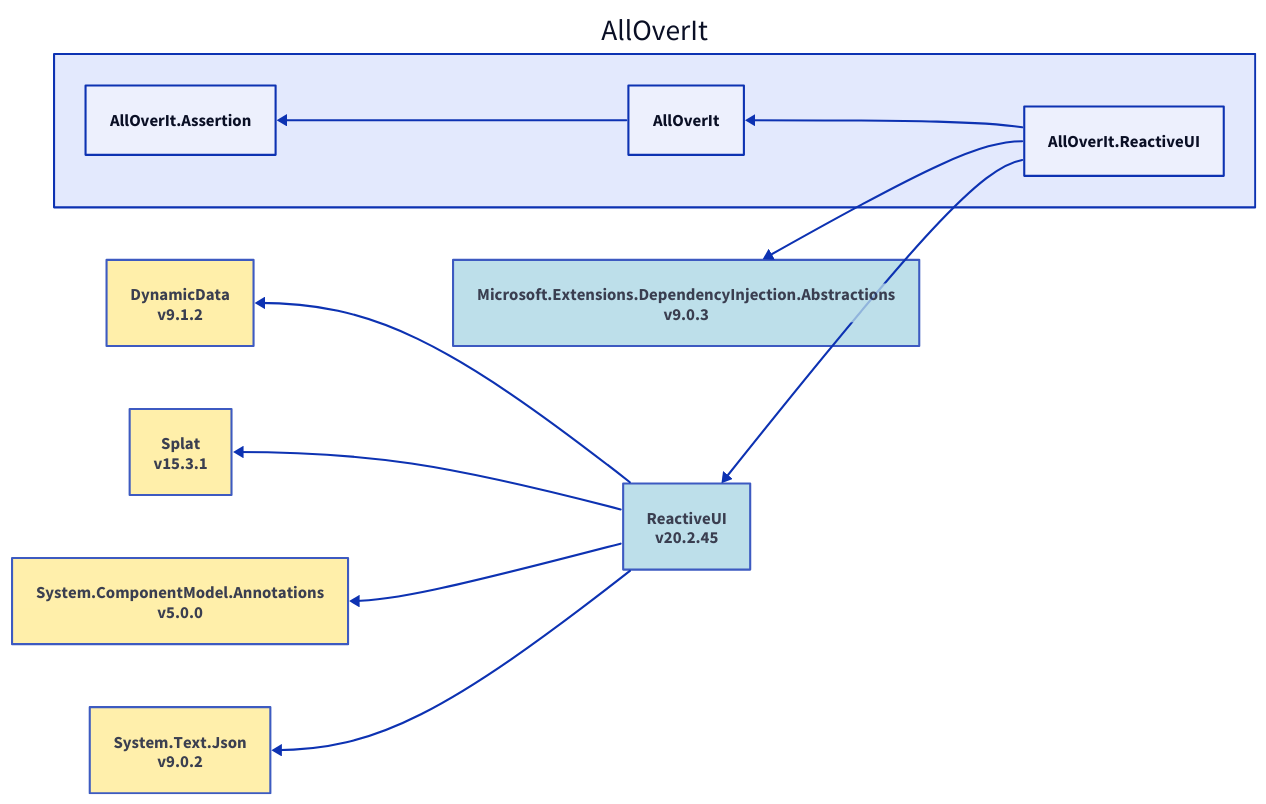
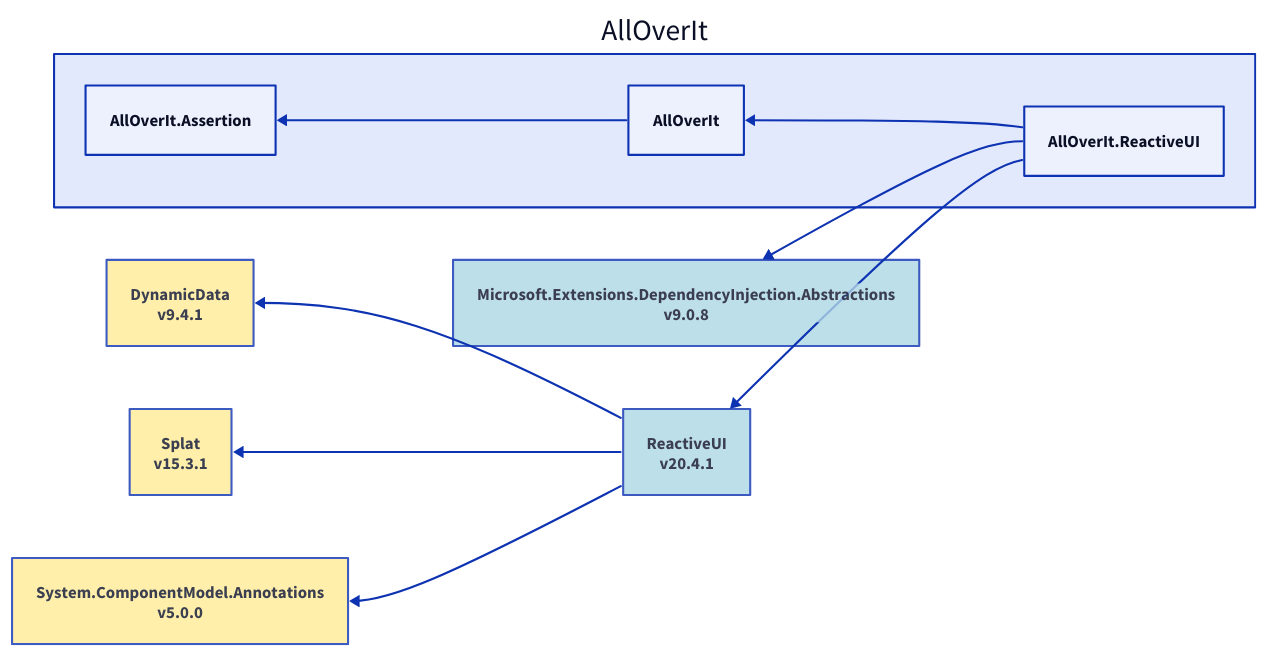
One commit to mjfreelancing/AllOverIt changed the diagram in Docs/Reference/Content/images/dependencies/net8.0/alloverit-reactiveui.d2. Above: the diagram before and after it, drawn with D2. The commit also changed 106 other files, not shown here.

Commit message:
v8.2.1 - Update packages and diagrams (#145)

```diff
--- a/Docs/Reference/Content/images/dependencies/net8.0/alloverit-reactiveui.d2
+++ b/Docs/Reference/Content/images/dependencies/net8.0/alloverit-reactiveui.d2
@@ -1,32 +1,28 @@
 direction: left
 
 aoi: AllOverIt
 aoi.alloverit-reactiveui: AllOverIt.ReactiveUI
-microsoft-extensions-dependencyinjection-abstractions_9-0-3: Microsoft.Extensions.DependencyInjection.Abstractions\nv9.0.3
-microsoft-extensions-dependencyinjection-abstractions_9-0-3.style.fill: "#ADD8E6"
-microsoft-extensions-dependencyinjection-abstractions_9-0-3.style.opacity: 0.8
-microsoft-extensions-dependencyinjection-abstractions_9-0-3 <- aoi.alloverit-reactiveui
-reactiveui_20-2-45: ReactiveUI\nv20.2.45
-reactiveui_20-2-45.style.fill: "#ADD8E6"
-reactiveui_20-2-45.style.opacity: 0.8
-dynamicdata_9-1-2: DynamicData\nv9.1.2
-dynamicdata_9-1-2.style.fill: "#FFEC96"
-dynamicdata_9-1-2.style.opacity: 0.8
-dynamicdata_9-1-2 <- reactiveui_20-2-45
+microsoft-extensions-dependencyinjection-abstractions_9-0-8: Microsoft.Extensions.DependencyInjection.Abstractions\nv9.0.8
+microsoft-extensions-dependencyinjection-abstractions_9-0-8.style.fill: "#ADD8E6"
+microsoft-extensions-dependencyinjection-abstractions_9-0-8.style.opacity: 0.8
+microsoft-extensions-dependencyinjection-abstractions_9-0-8 <- aoi.alloverit-reactiveui
+reactiveui_20-4-1: ReactiveUI\nv20.4.1
+reactiveui_20-4-1.style.fill: "#ADD8E6"
+reactiveui_20-4-1.style.opacity: 0.8
+dynamicdata_9-4-1: DynamicData\nv9.4.1
+dynamicdata_9-4-1.style.fill: "#FFEC96"
+dynamicdata_9-4-1.style.opacity: 0.8
+dynamicdata_9-4-1 <- reactiveui_20-4-1
 splat_15-3-1: Splat\nv15.3.1
 splat_15-3-1.style.fill: "#FFEC96"
 splat_15-3-1.style.opacity: 0.8
-splat_15-3-1 <- reactiveui_20-2-45
+splat_15-3-1 <- reactiveui_20-4-1
 system-componentmodel-annotations_5-0-0: System.ComponentModel.Annotations\nv5.0.0
 system-componentmodel-annotations_5-0-0.style.fill: "#FFEC96"
 system-componentmodel-annotations_5-0-0.style.opacity: 0.8
-system-componentmodel-annotations_5-0-0 <- reactiveui_20-2-45
-system-text-json_9-0-2: System.Text.Json\nv9.0.2
-system-text-json_9-0-2.style.fill: "#FFEC96"
-system-text-json_9-0-2.style.opacity: 0.8
-system-text-json_9-0-2 <- reactiveui_20-2-45
-reactiveui_20-2-45 <- aoi.alloverit-reactiveui
+system-componentmodel-annotations_5-0-0 <- reactiveui_20-4-1
+reactiveui_20-4-1 <- aoi.alloverit-reactiveui
 aoi.alloverit: AllOverIt
 aoi.alloverit-assertion: AllOverIt.Assertion
 aoi.alloverit-assertion <- aoi.alloverit
 aoi.alloverit <- aoi.alloverit-reactiveui
```
